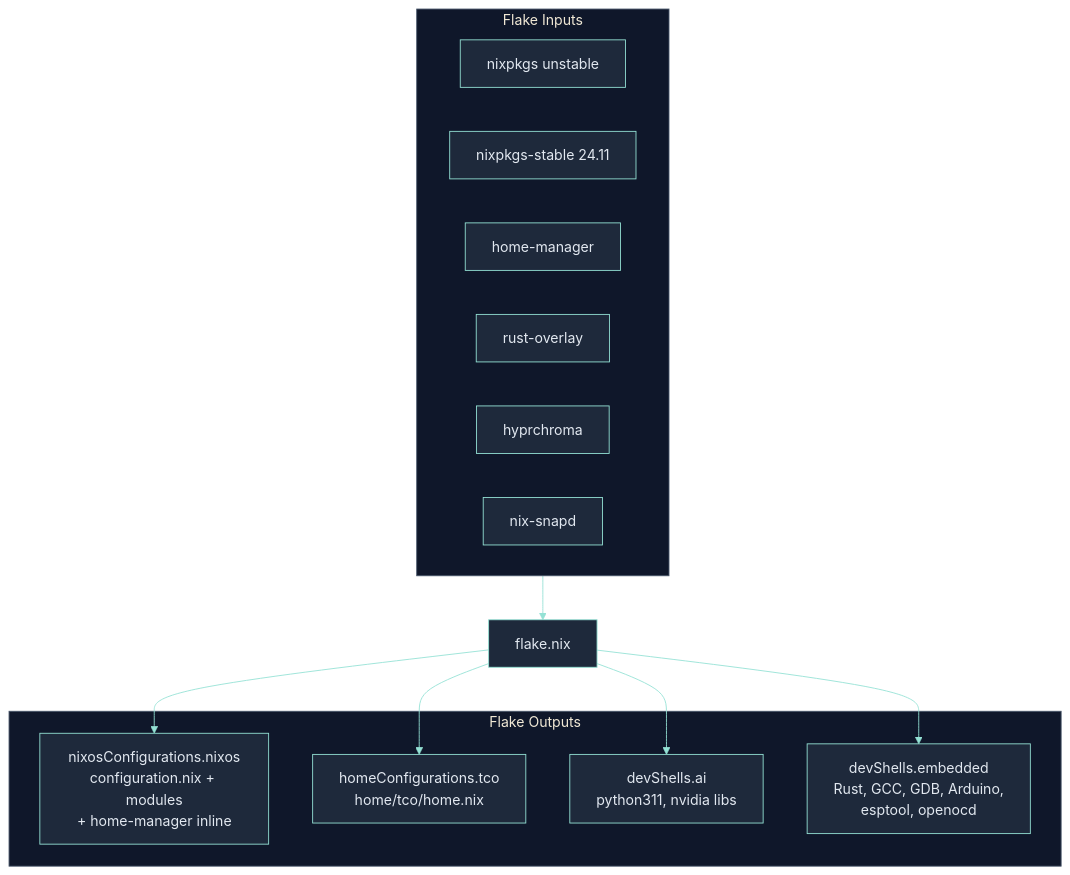
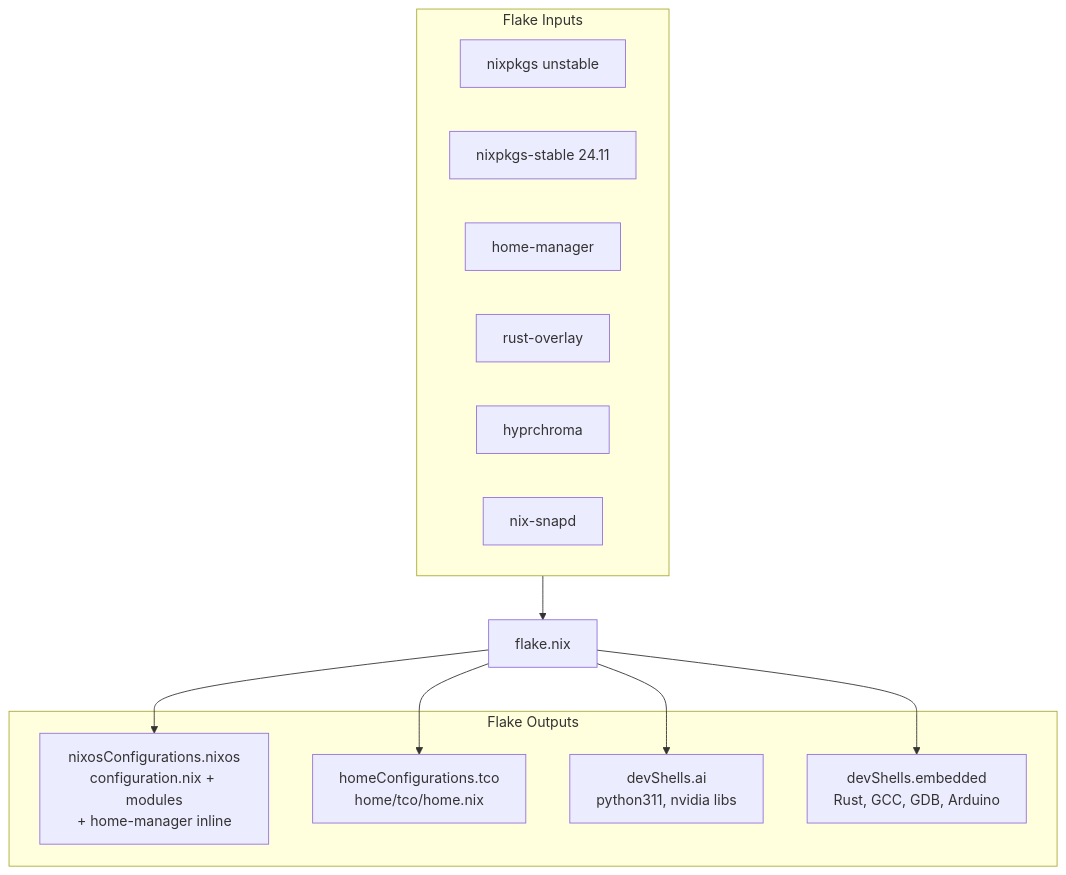
One commit to RomeoCavazza/nixos-config changed the first of 8 diagrams in docs/README.md. Above: the diagram before and after it, drawn with Mermaid. The commit also changed other lines of this file, not shown here.

Commit message:
docs: fix Mermaid parse errors, clean stray PNGs, use default GitHub colors

````diff
--- a/docs/README.md
+++ b/docs/README.md
@@ -12,27 +12,26 @@
 ```mermaid
-%%{init: {'theme': 'base', 'themeVariables': { 'primaryColor': '#1e293b', 'secondaryColor': '#0f172a', 'tertiaryColor': '#0f172a', 'primaryBorderColor': '#94e2d5', 'lineColor': '#94e2d5', 'primaryTextColor': '#e2e8f0', 'clusterBkg': '#0f172a', 'clusterBorder': '#475569' }}}%%
 flowchart TD
   subgraph in["Flake Inputs"]
     np[nixpkgs unstable]
     nps[nixpkgs-stable 24.11]
     hm[home-manager]
     ro[rust-overlay]
     hc[hyprchroma]
     sn[nix-snapd]
   end
 
   flake[flake.nix]
 
   subgraph out["Flake Outputs"]
     sys["nixosConfigurations.nixos\nconfiguration.nix + modules\n+ home-manager inline"]
     usr["homeConfigurations.tco\nhome/tco/home.nix"]
     ai["devShells.ai\npython311, nvidia libs"]
-    emb["devShells.embedded\nRust, GCC, GDB, Arduino,\nesptool, openocd"]
+    emb["devShells.embedded\nRust, GCC, GDB, Arduino"]
   end
 
   in --> flake
   flake --> sys
   flake --> usr
   flake --> ai
   flake --> emb
 ```
````
